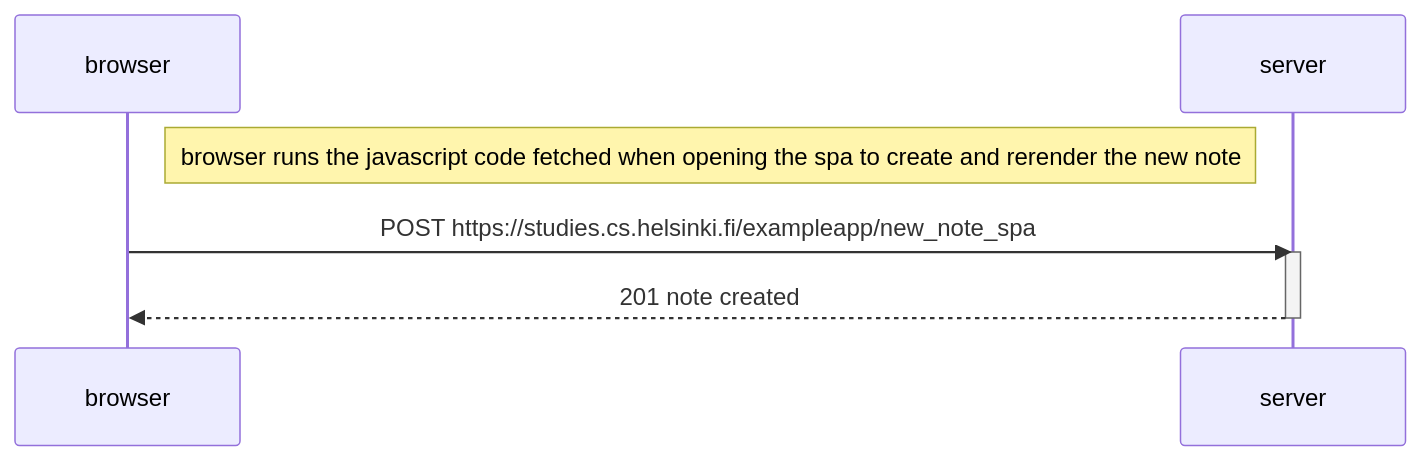
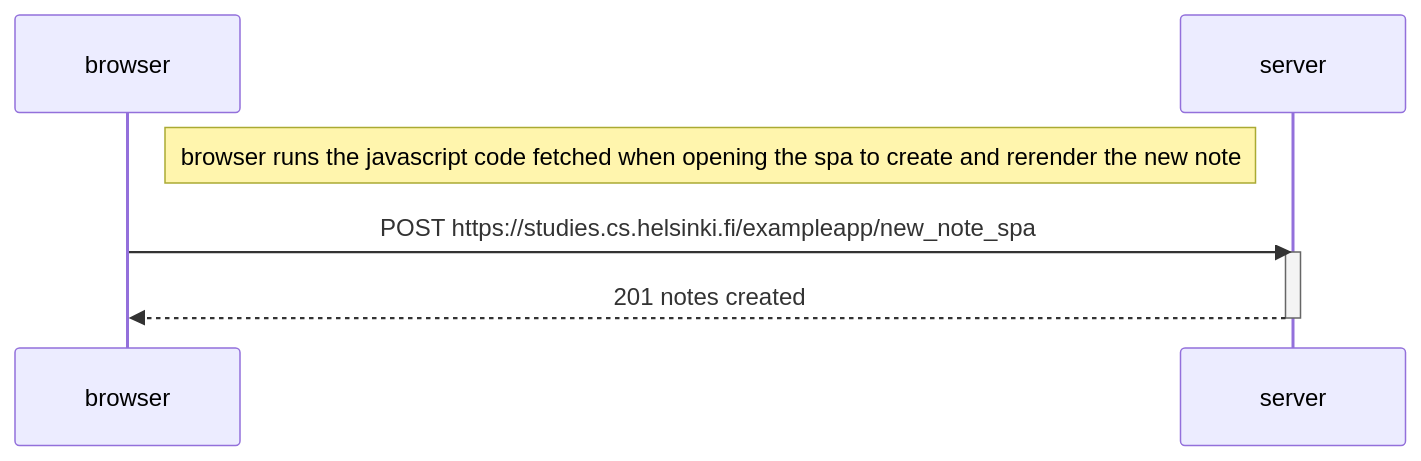
Before and after one commit to asmitaagarwal4/FullStackOpen: the diagram in part0/New_note_spa_diagram.md, drawn with Mermaid.

Commit message:
some updates

````diff
--- a/part0/New_note_spa_diagram.md
+++ b/part0/New_note_spa_diagram.md
@@ -1,13 +1,13 @@
 ```mermaid
 sequenceDiagram
     participant browser
     participant server
     
     Note right of browser: browser runs the javascript code fetched when opening the spa to create and rerender the new note  
 
     browser->>server: POST https://studies.cs.helsinki.fi/exampleapp/new_note_spa
     activate server
-    server-->>browser: 201 note created
+    server-->>browser: 201 notes created
     deactivate server
 
 ```
````
